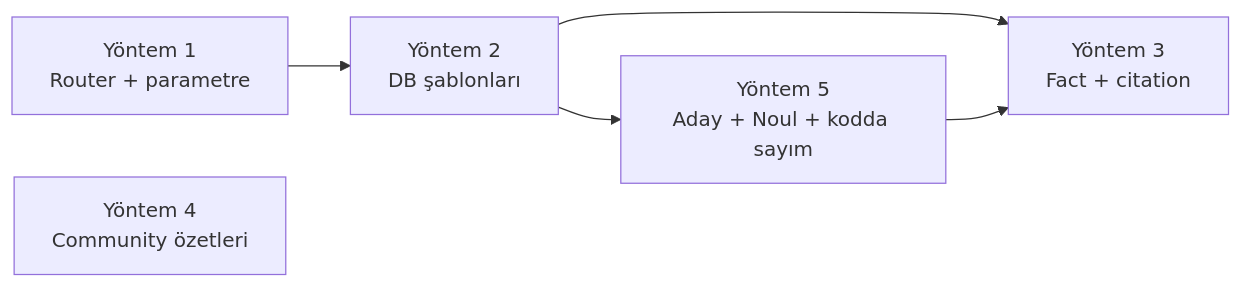
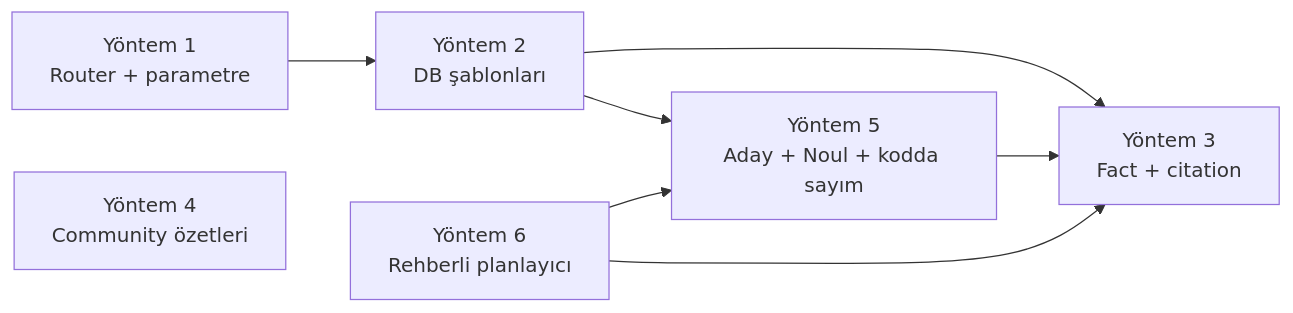
One commit to ismail-codar/laya-jev-GraphRAG changed the third of 3 diagrams in graphrag_neo4j_laya/AGGREGATION_METHODS.md. Above: the diagram before and after it, drawn with Mermaid. The commit also changed other lines of this file and 2 other files, not shown here.

````diff
--- a/graphrag_neo4j_laya/AGGREGATION_METHODS.md
+++ b/graphrag_neo4j_laya/AGGREGATION_METHODS.md
@@ -675,8 +758,10 @@
 ```mermaid
 flowchart LR
     M1[Yöntem 1<br/>Router + parametre] --> M2[Yöntem 2<br/>DB şablonları]
     M2 --> M3[Yöntem 3<br/>Fact + citation]
     M2 --> M5[Yöntem 5<br/>Aday + Noul + kodda sayım]
     M5 --> M3
     M4[Yöntem 4<br/>Community özetleri]
+    M6[Yöntem 6<br/>Rehberli planlayıcı] --> M3
+    M6 --> M5
 ```
````
